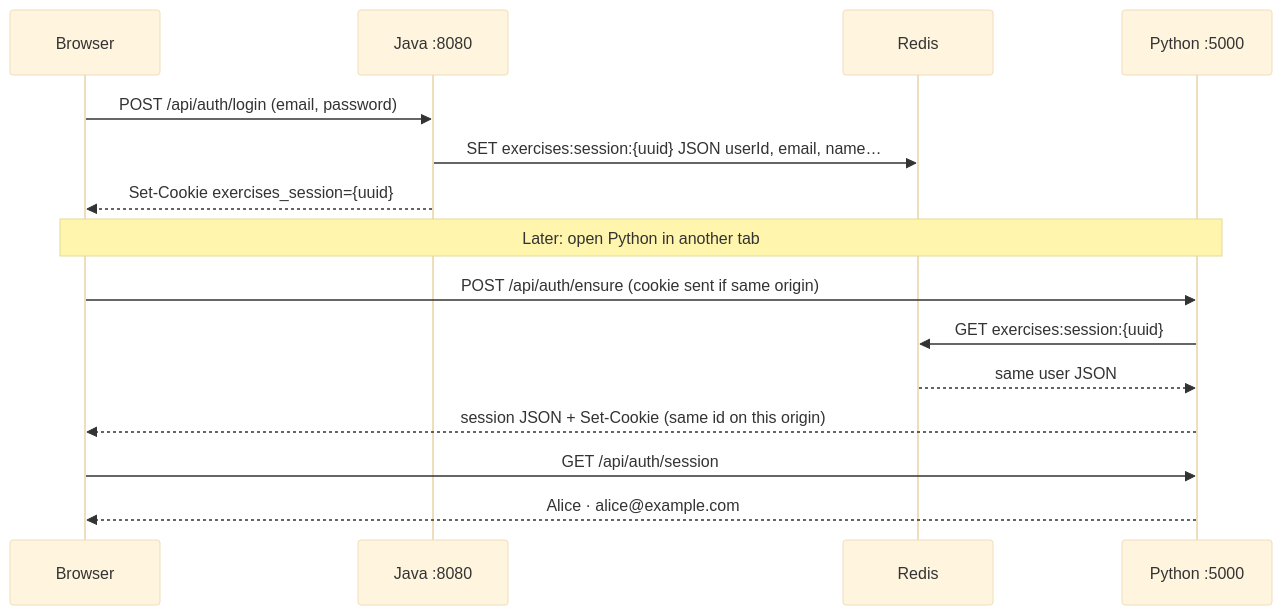
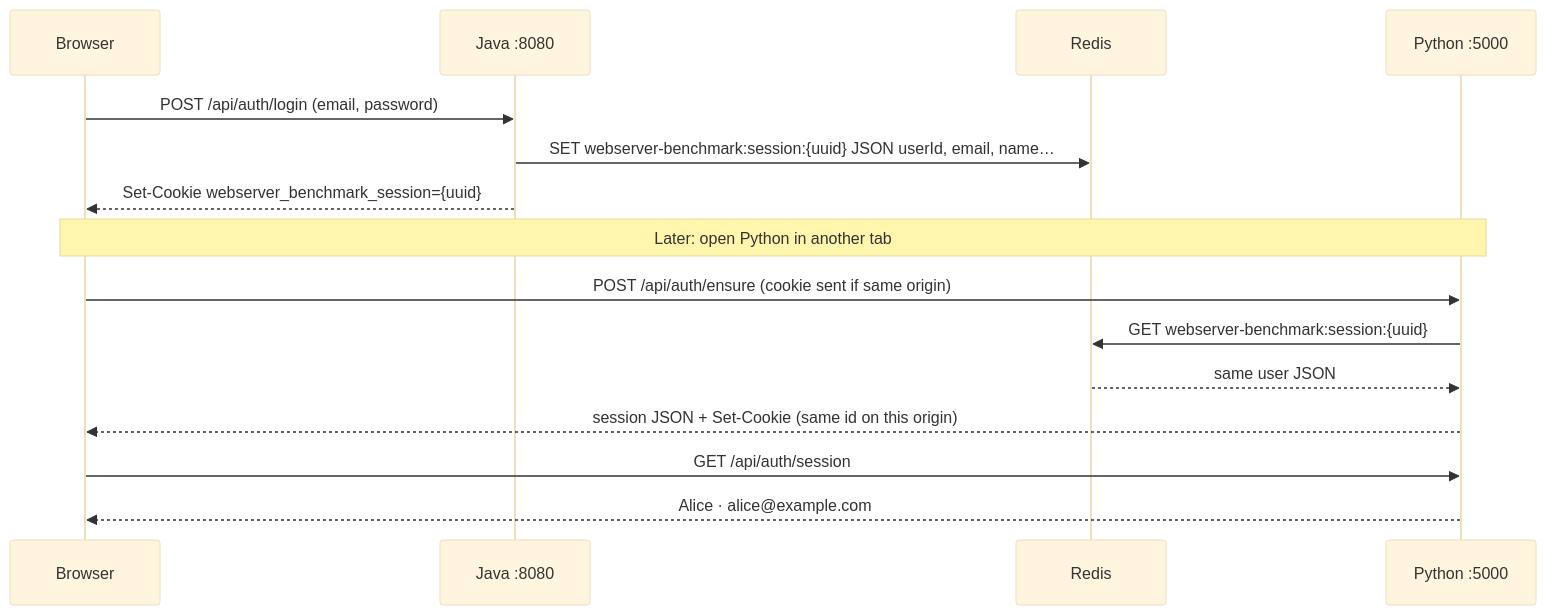
Before and after one commit to tiagoyamashita/webserver-benchmark: the diagram in apps/README.md, drawn with Mermaid (base theme). The commit also changed other lines of this file and 130 other files, not shown here.

Commit message:
renamed the project to webserver benchmark

````diff
--- a/apps/README.md
+++ b/apps/README.md
@@ -36,20 +36,20 @@
 ```mermaid
 sequenceDiagram
     participant Browser
     participant Java as Java :8080
     participant Redis
     participant Python as Python :5000
 
     Browser->>Java: POST /api/auth/login (email, password)
-    Java->>Redis: SET exercises:session:{uuid} JSON userId, email, name…
-    Java-->>Browser: Set-Cookie exercises_session={uuid}
+    Java->>Redis: SET webserver-benchmark:session:{uuid} JSON userId, email, name…
+    Java-->>Browser: Set-Cookie webserver_benchmark_session={uuid}
 
     Note over Browser,Python: Later: open Python in another tab
 
     Browser->>Python: POST /api/auth/ensure (cookie sent if same origin)
-    Python->>Redis: GET exercises:session:{uuid}
+    Python->>Redis: GET webserver-benchmark:session:{uuid}
     Redis-->>Python: same user JSON
     Python-->>Browser: session JSON + Set-Cookie (same id on this origin)
     Browser->>Python: GET /api/auth/session
     Python-->>Browser: Alice · alice@example.com
 ```
````
